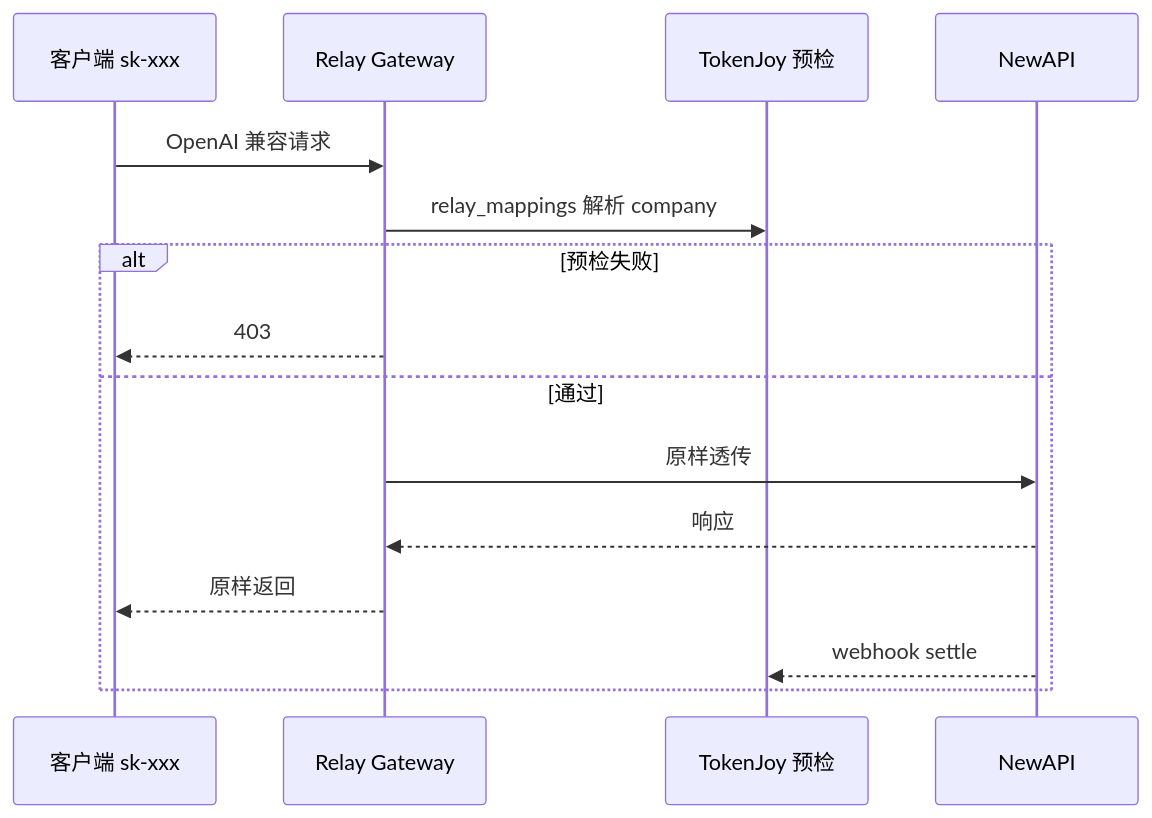
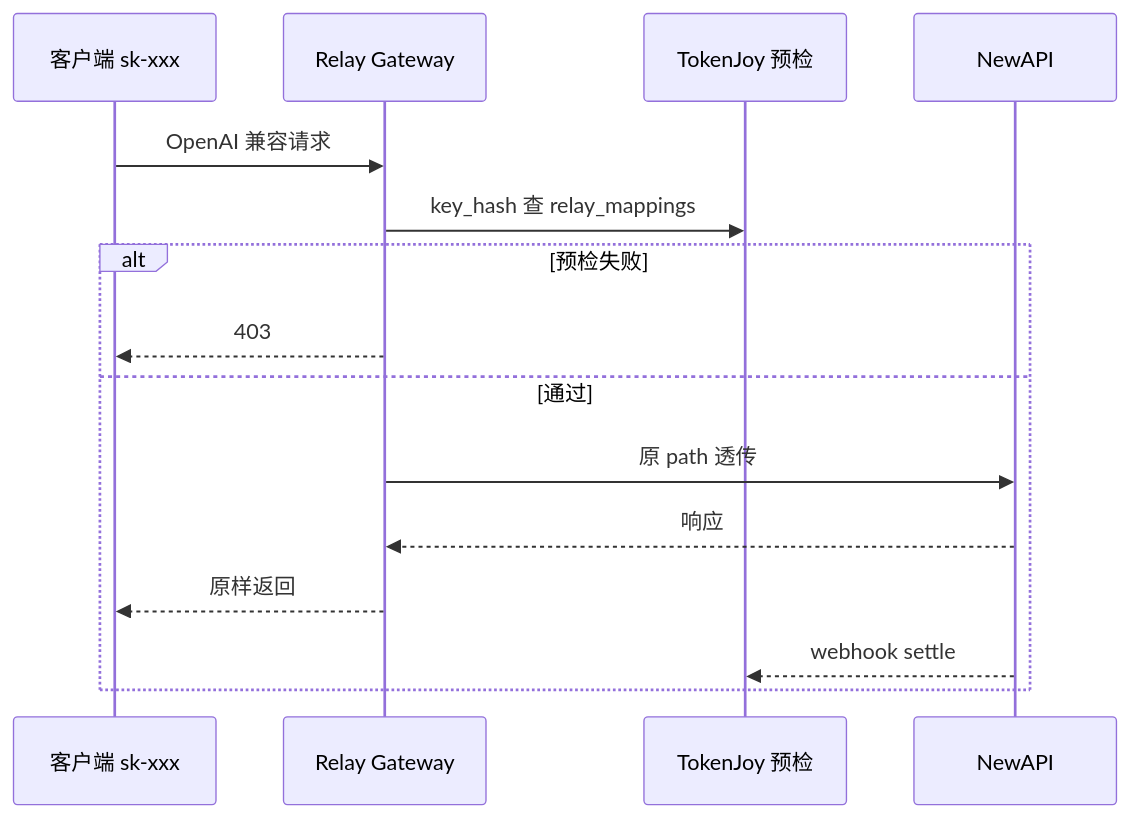
The third of 6 diagrams in docs/Backend-架构.md (quyip8818/mytokenjoy), drawn with Mermaid before and after one commit. The commit also changed other lines of this file and 27 other files, not shown here.

````diff
--- a/docs/Backend-架构.md
+++ b/docs/Backend-架构.md
@@ -222,18 +222,18 @@
 ```mermaid
 sequenceDiagram
   participant C as 客户端 sk-xxx
   participant GW as Relay Gateway
   participant TJ as TokenJoy 预检
   participant NA as NewAPI
 
   C->>GW: OpenAI 兼容请求
-  GW->>TJ: relay_mappings 解析 company
+  GW->>TJ: key_hash 查 relay_mappings
   alt 预检失败
     GW-->>C: 403
   else 通过
-    GW->>NA: 原样透传
+    GW->>NA: 原 path 透传
     NA-->>GW: 响应
     GW-->>C: 原样返回
     NA-->>TJ: webhook settle
   end
 ```
````
